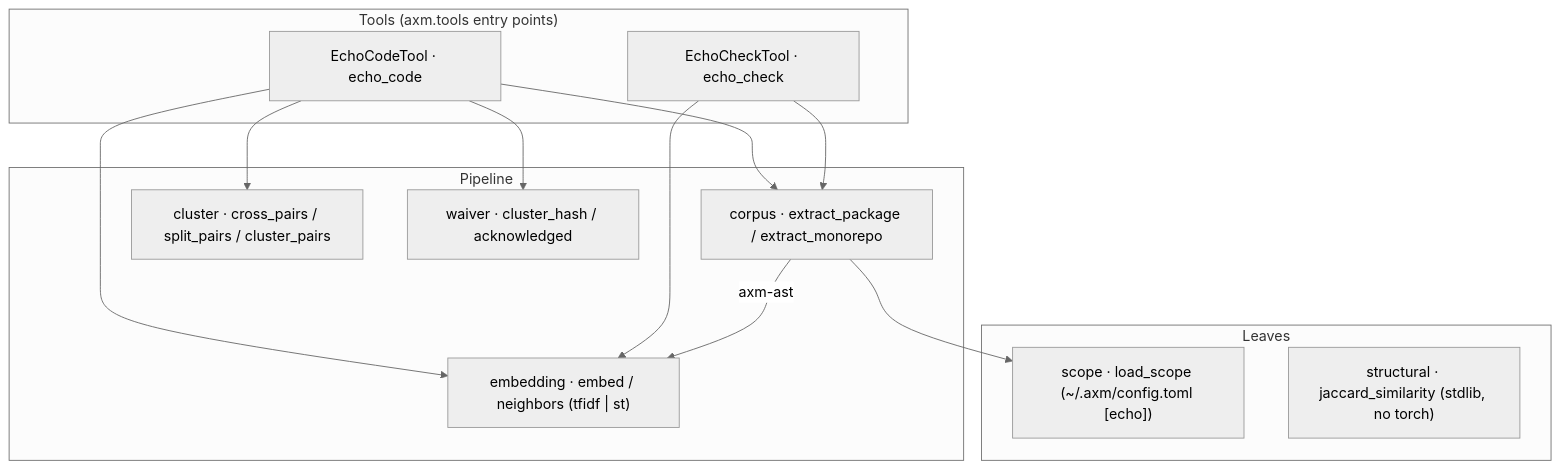
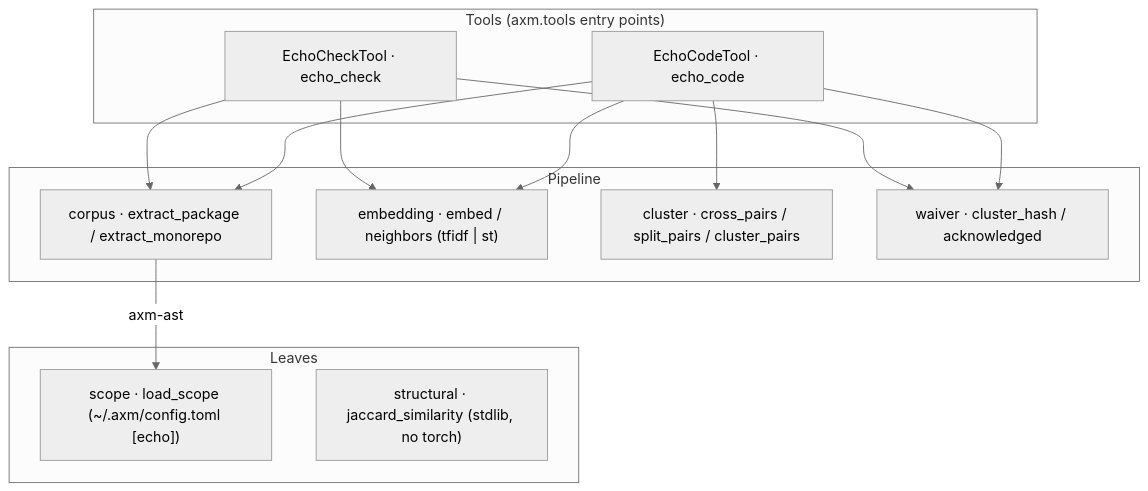
The diagram in packages/axm-echo/docs/explanation/architecture.md (axm-protocols/axm-forge), drawn with Mermaid (neutral theme) before and after one commit. The commit also changed 7 other files, not shown here.

First line of the commit message:
docs(echo): fix broken test command, stale claims; add scope how-to

````diff
--- a/packages/axm-echo/docs/explanation/architecture.md
+++ b/packages/axm-echo/docs/explanation/architecture.md
@@ -9,28 +9,28 @@
 ```mermaid
 graph TD
     subgraph "Tools (axm.tools entry points)"
         EchoCode["EchoCodeTool · echo_code"]
         EchoCheck["EchoCheckTool · echo_check"]
     end
 
     subgraph "Pipeline"
         Corpus["corpus · extract_package / extract_monorepo"]
         Embedding["embedding · embed / neighbors (tfidf | st)"]
         Cluster["cluster · cross_pairs / split_pairs / cluster_pairs"]
         Waiver["waiver · cluster_hash / acknowledged"]
     end
 
     subgraph "Leaves"
         Scope["scope · load_scope (~/.axm/config.toml [echo])"]
         Structural["structural · jaccard_similarity (stdlib, no torch)"]
     end
 
     EchoCode --> Corpus
     EchoCode --> Embedding
     EchoCode --> Cluster
     EchoCode --> Waiver
     EchoCheck --> Corpus
     EchoCheck --> Embedding
-    Corpus --> Scope
-    Corpus -->|axm-ast| Embedding
+    EchoCheck --> Waiver
+    Corpus -->|axm-ast| Scope
 ```
````
